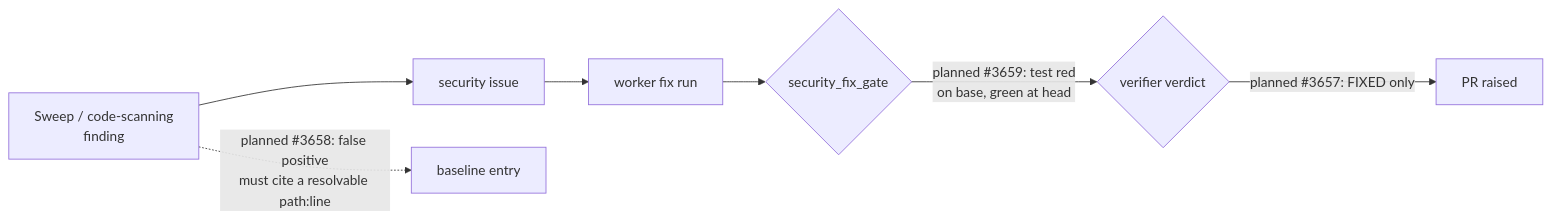
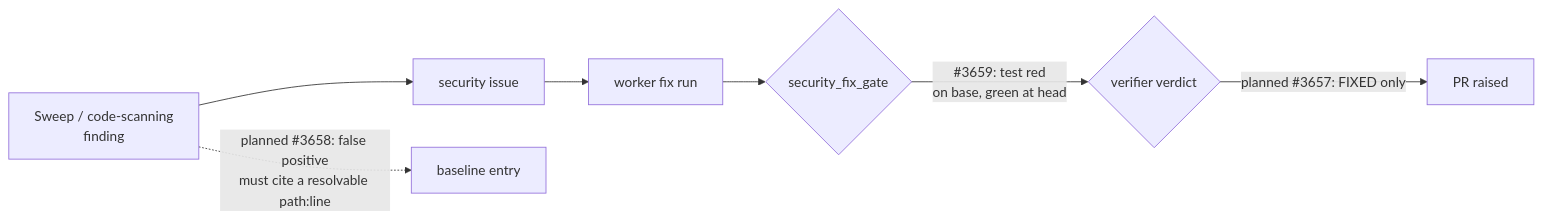
Before and after one commit to stSoftwareAU/VibeCoder: the diagram in docs/security/vulnhunter-methodology-evaluation.md, drawn with Mermaid. The commit also changed other lines of this file and 16 other files, not shown here.

First line of the commit message:
Security-fix gate: execute the cited test red→green against base production files (#3659)

````diff
--- a/docs/security/vulnhunter-methodology-evaluation.md
+++ b/docs/security/vulnhunter-methodology-evaluation.md
@@ -58,9 +59,9 @@
 ```mermaid
 flowchart LR
     S[Sweep / code-scanning<br/>finding] --> I[security issue]
     I --> W[worker fix run]
     W --> G{security_fix_gate}
-    G -->|"planned #3659: test red<br/>on base, green at head"| G2{verifier verdict}
+    G -->|"#3659: test red<br/>on base, green at head"| G2{verifier verdict}
     G2 -->|"planned #3657: FIXED only"| PR[PR raised]
     S -.->|"planned #3658: false positive<br/>must cite a resolvable path:line"| B[baseline entry]
 ```
````
